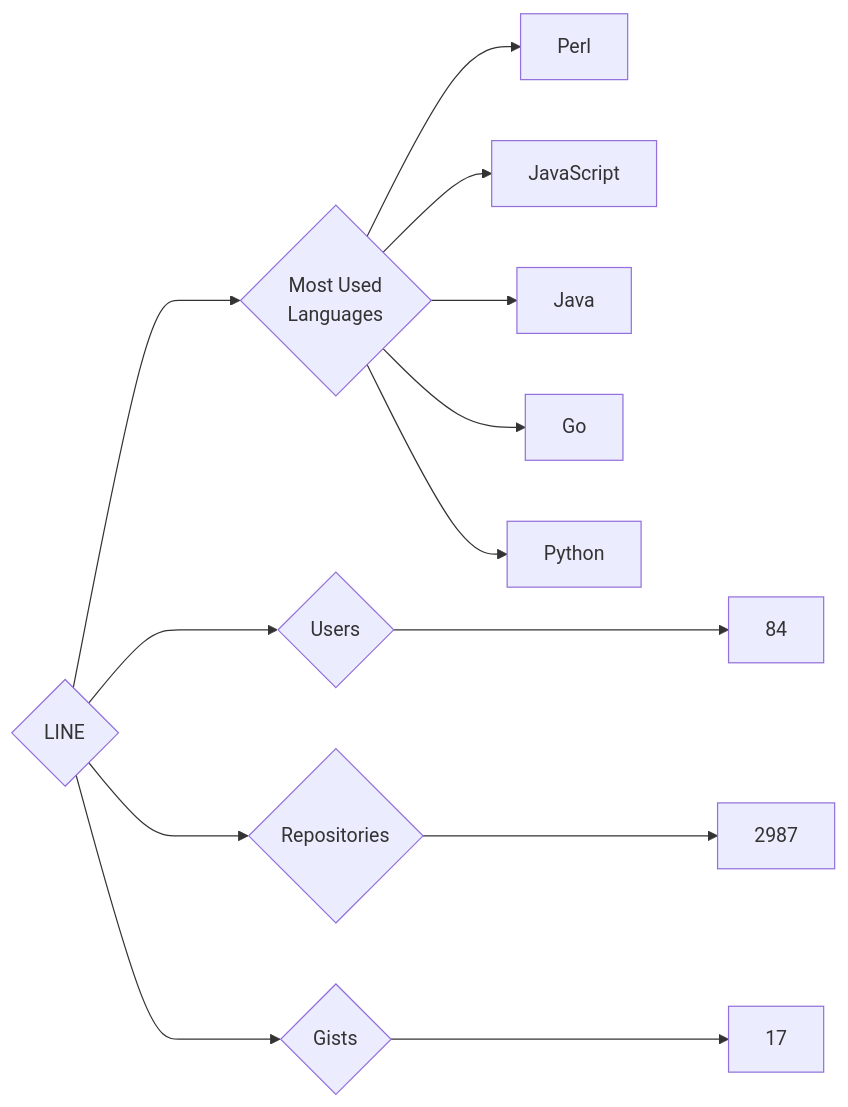
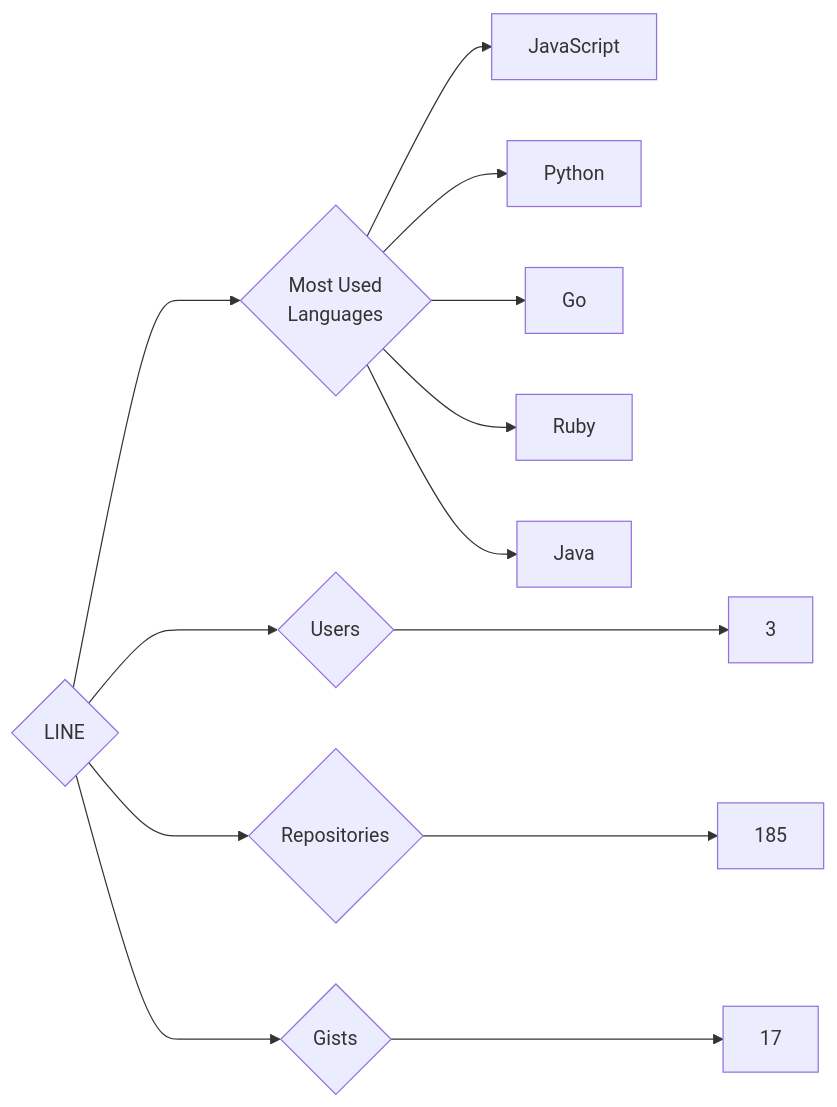
Before and after one commit to trickest/insiders: the diagram in targets/LINE/README.md, drawn with Mermaid. The commit also changed 721 other files, not shown here.

````diff
--- a/targets/LINE/README.md
+++ b/targets/LINE/README.md
@@ -3,13 +3,13 @@
 ```mermaid
 graph LR
 COMPANY_NAME{LINE}
-COMPANY_NAME ---> U{Users} ---> UN[84]
-COMPANY_NAME ---> R{Repositories} ---> RN[2987]
+COMPANY_NAME ---> U{Users} ---> UN[3]
+COMPANY_NAME ---> R{Repositories} ---> RN[185]
 COMPANY_NAME ---> G{Gists} ---> GN[17]
 COMPANY_NAME ---> ML{Most Used<br>Languages}
-ML --> Perl[Perl]
 ML --> JavaScript[JavaScript]
+ML --> Python[Python]
+ML --> Go[Go]
+ML --> Ruby[Ruby]
 ML --> Java[Java]
-ML --> Go[Go]
-ML --> Python[Python]
 ```
````
